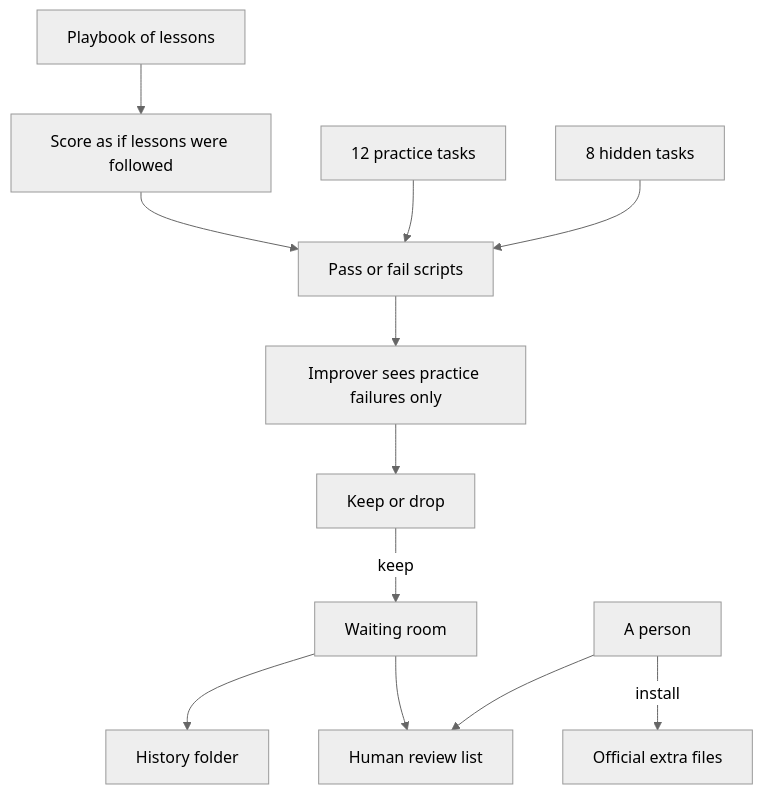
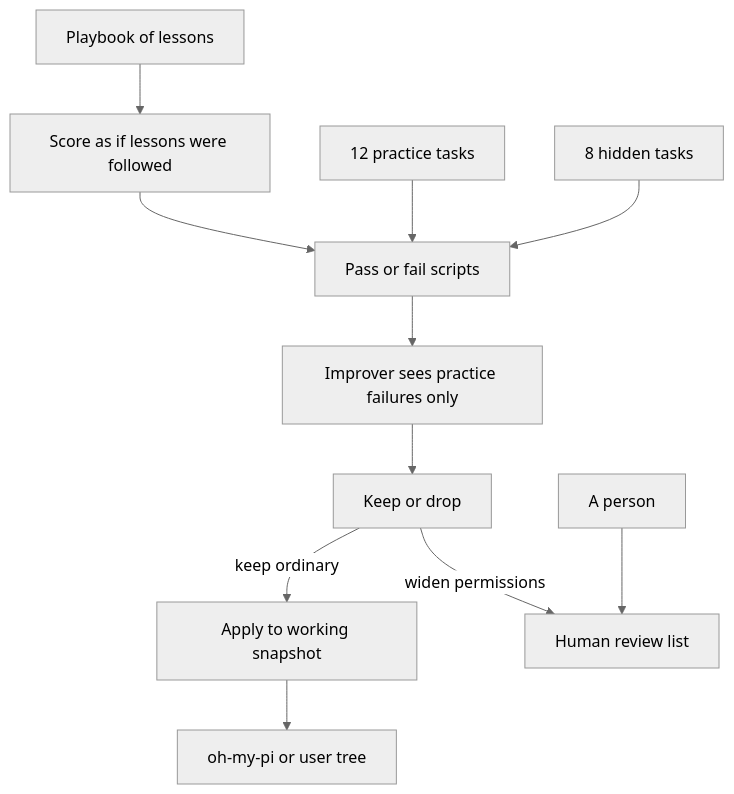
The first of 3 diagrams in README.md (Vinayak-RZ/Improveness), drawn with Mermaid (neutral theme) before and after one commit. The commit also changed other lines of this file and 26 other files, not shown here.

First line of the commit message:
docs(vision): adopt D14 snapshot-apply and spatiotemporal composability

````diff
--- a/README.md
+++ b/README.md
@@ -156,14 +175,13 @@
 ```mermaid
 flowchart TD
   playbook[Playbook of lessons] --> solver[Score as if lessons were followed]
   solver --> checker[Pass or fail scripts]
   practice[12 practice tasks] --> checker
   hidden[8 hidden tasks] --> checker
   checker --> improver[Improver sees practice failures only]
   improver --> decide[Keep or drop]
-  decide -->|keep| waiting[Waiting room]
-  waiting --> history[History folder]
-  waiting --> queue[Human review list]
+  decide -->|keep ordinary| apply[Apply to working snapshot]
+  apply --> snapshot[oh-my-pi or user tree]
+  decide -->|widen permissions| queue[Human review list]
   person[A person] --> queue
-  person -->|install| official[Official extra files]
 ```
````
